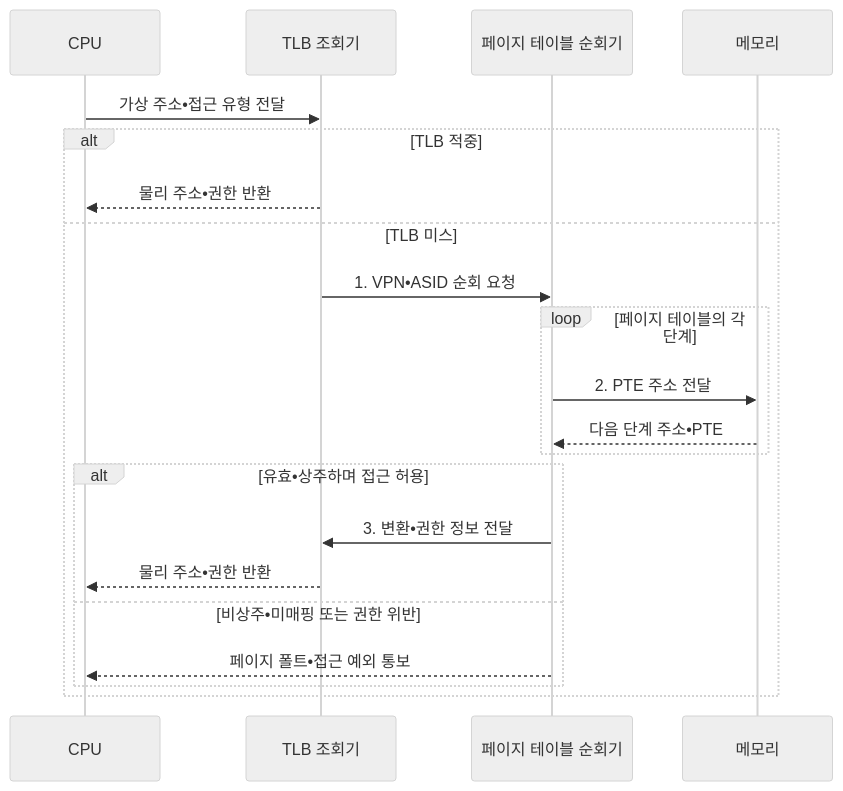
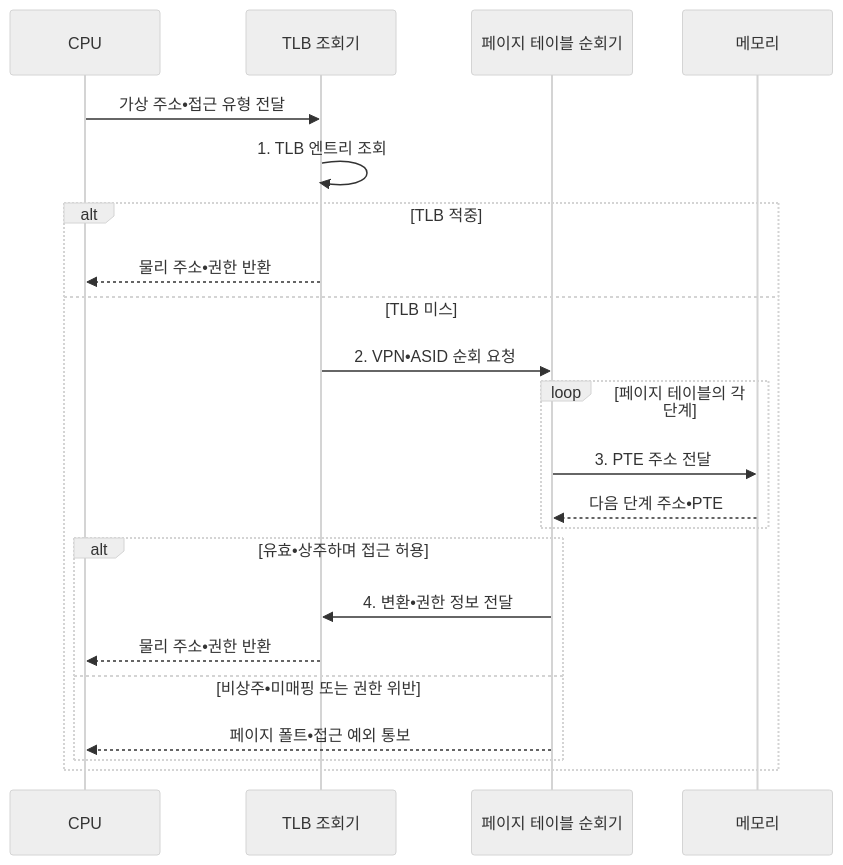
Before and after one commit to agnusdei1207/knowledge-base: the second of 2 diagrams in src/content/docs/notes/02-hardware/016_tlb.md, drawn with Mermaid (neutral theme). The commit also changed other lines of this file and 10 other files, not shown here.

````diff
--- a/src/content/docs/notes/02-hardware/016_tlb.md
+++ b/src/content/docs/notes/02-hardware/016_tlb.md
@@ -105,23 +105,24 @@
 ```mermaid
 sequenceDiagram
     participant C as CPU
     participant L as TLB 조회기
     participant W as 페이지 테이블 순회기
     participant M as 메모리
     C->>L: 가상 주소•접근 유형 전달
+    L->>L: 1. TLB 엔트리 조회
     alt TLB 적중
         L-->>C: 물리 주소•권한 반환
     else TLB 미스
-        L->>W: 1. VPN•ASID 순회 요청
+        L->>W: 2. VPN•ASID 순회 요청
         loop 페이지 테이블의 각 단계
-            W->>M: 2. PTE 주소 전달
+            W->>M: 3. PTE 주소 전달
             M-->>W: 다음 단계 주소•PTE
         end
         alt 유효•상주하며 접근 허용
-            W->>L: 3. 변환•권한 정보 전달
+            W->>L: 4. 변환•권한 정보 전달
             L-->>C: 물리 주소•권한 반환
         else 비상주•미매핑 또는 권한 위반
             W-->>C: 페이지 폴트•접근 예외 통보
         end
     end
 ```
````
